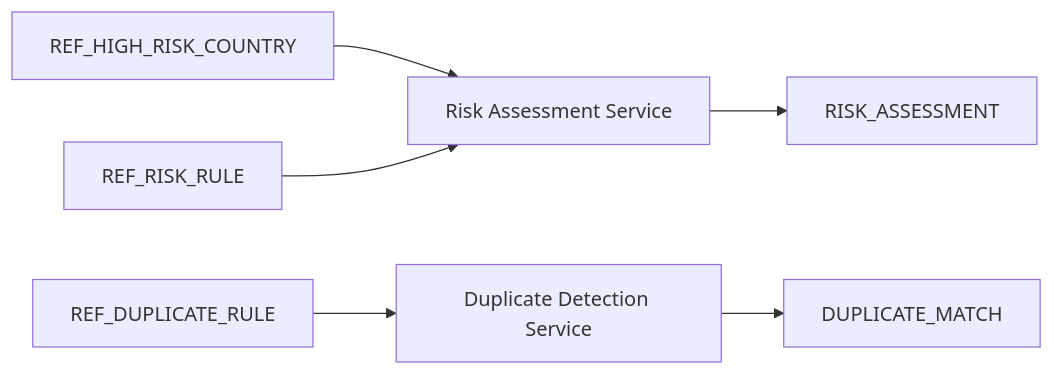
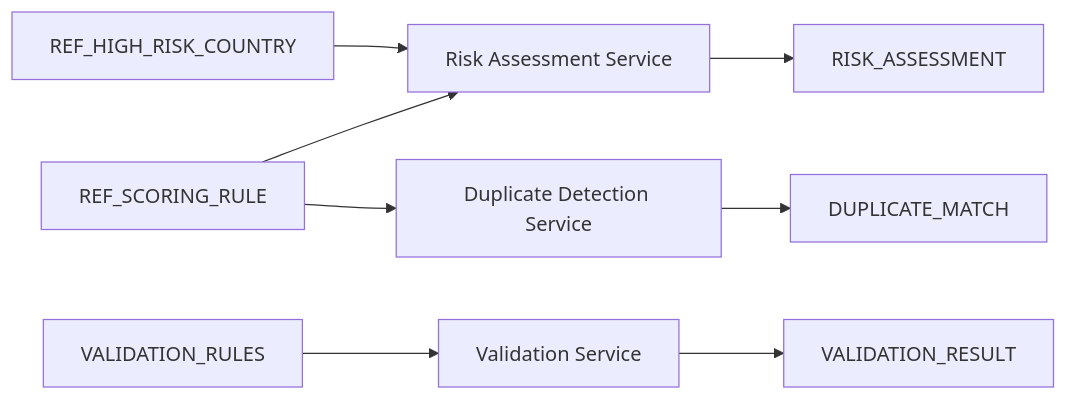
One commit to abdullahsohaill/erp-supplier-onboarding changed the second of 2 diagrams in aidlc-docs/inception/application-design/database-schema-design.md. Above: the diagram before and after it, drawn with Mermaid. The commit also changed other lines of this file and 23 other files, not shown here.

First line of the commit message:
Align review wireframes and schema rule model

````diff
--- a/aidlc-docs/inception/application-design/database-schema-design.md
+++ b/aidlc-docs/inception/application-design/database-schema-design.md
@@ -322,8 +316,10 @@
 ```mermaid
 flowchart LR
     HighRiskCountry["REF_HIGH_RISK_COUNTRY"] --> RiskService["Risk Assessment Service"]
-    RiskRule["REF_RISK_RULE"] --> RiskService
+    ScoringRule["REF_SCORING_RULE"] --> RiskService
     RiskService --> RiskAssessment["RISK_ASSESSMENT"]
-    DuplicateRule["REF_DUPLICATE_RULE"] --> DuplicateService["Duplicate Detection Service"]
+    ScoringRule --> DuplicateService["Duplicate Detection Service"]
     DuplicateService --> DuplicateMatch["DUPLICATE_MATCH"]
+    ValidationRules["VALIDATION_RULES"] --> ValidationService["Validation Service"]
+    ValidationService --> ValidationResult["VALIDATION_RESULT"]
 ```
````
